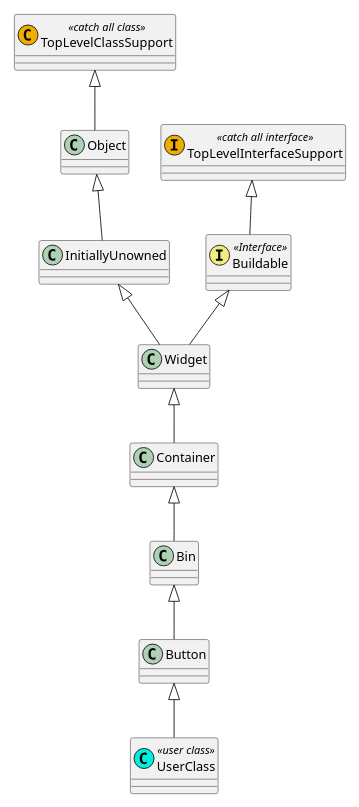
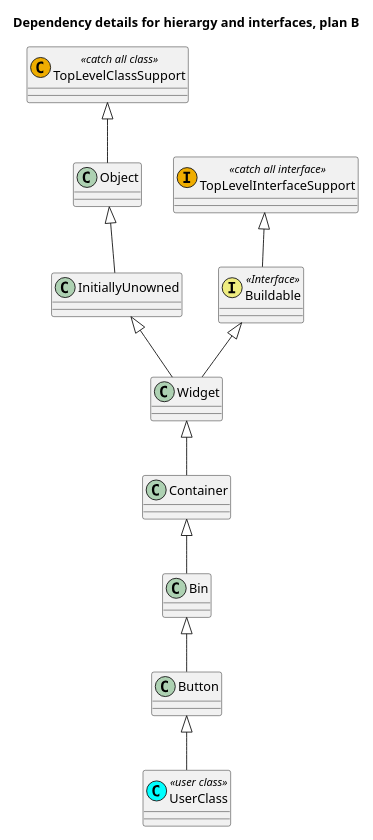
One commit to MARTIMM/gnome-gtk3 changed the second of 5 diagrams in Design-docs/Design.md. Above: the diagram before and after it, drawn with PlantUML. The commit also changed other lines of this file and 7 other files, not shown here.

````diff
--- a/Design-docs/Design.md
+++ b/Design-docs/Design.md
@@ -162,19 +163,21 @@
 ```plantuml
+
 scale 0.7
+title Dependency details for hierargy and interfaces, plan B
 
 class TopLevelClassSupport << (C, #efad00) catch all class >>
 class TopLevelInterfaceSupport << (I, #efad00) catch all interface >>
 class Buildable << (I, #efed80) Interface >>
 
 TopLevelInterfaceSupport <|-- Buildable
 Buildable <|-- Widget
-class UserClass << (C, #00efe0) user class >>
+class UserClass << (C, #00ffff) user class >>
 
 TopLevelClassSupport <|-- Object
 Object <|-- InitiallyUnowned
 InitiallyUnowned <|-- Widget
 Widget <|-- Container
 Container <|-- Bin
 Bin <|-- Button
 Button <|-- UserClass
 ```
````
